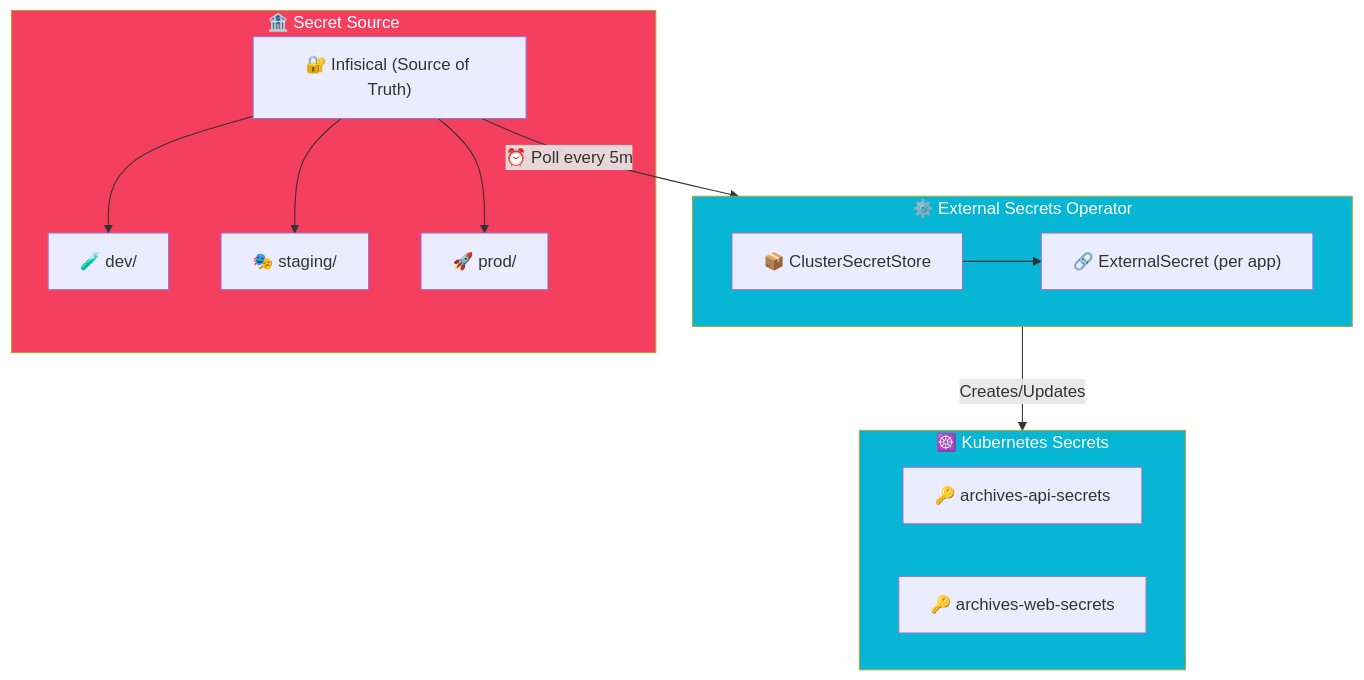
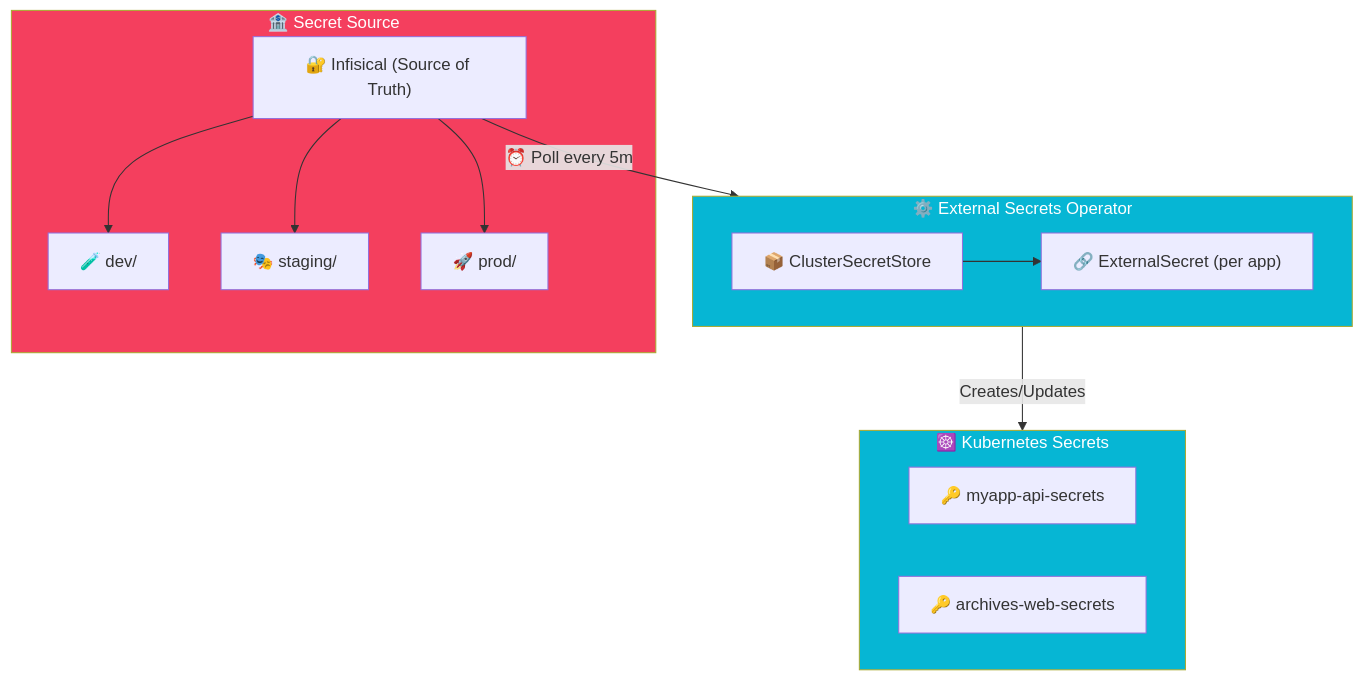
One commit to viktorrobin/bluerobin-blog changed the diagram in src/content/blog/external-secrets-infisical-kubernetes.mdx. Above: the diagram before and after it, drawn with Mermaid. The commit also changed other lines of this file and 111 other files, not shown here.

````diff
--- a/src/content/blog/external-secrets-infisical-kubernetes.mdx
+++ b/src/content/blog/external-secrets-infisical-kubernetes.mdx
@@ -24,31 +24,31 @@
 ```mermaid
 flowchart TB
     subgraph Source["🏦 Secret Source"]
         Infisical["🔐 Infisical (Source of Truth)"]
         Infisical --> Dev["🧪 dev/"]
         Infisical --> Staging["🎭 staging/"]
         Infisical --> Prod["🚀 prod/"]
     end
     
     Infisical -->|"⏰ Poll every 5m"| ESO
     
     subgraph ESO["⚙️ External Secrets Operator"]
         Store["📦 ClusterSecretStore"] --> ExtSec["🔗 ExternalSecret (per app)"]
     end
     
     ESO -->|"Creates/Updates"| K8s
     
     subgraph K8s["☸️ Kubernetes Secrets"]
-        ApiSec["🔑 archives-api-secrets"]
+        ApiSec["🔑 myapp-api-secrets"]
         WebSec["🔑 archives-web-secrets"]
     end
 
     classDef primary fill:#7c3aed,color:#fff
     classDef secondary fill:#06b6d4,color:#fff
     classDef db fill:#f43f5e,color:#fff
     classDef warning fill:#fbbf24,color:#000
 
     class Source db
     class ESO secondary
     class K8s secondary
 ```
````
